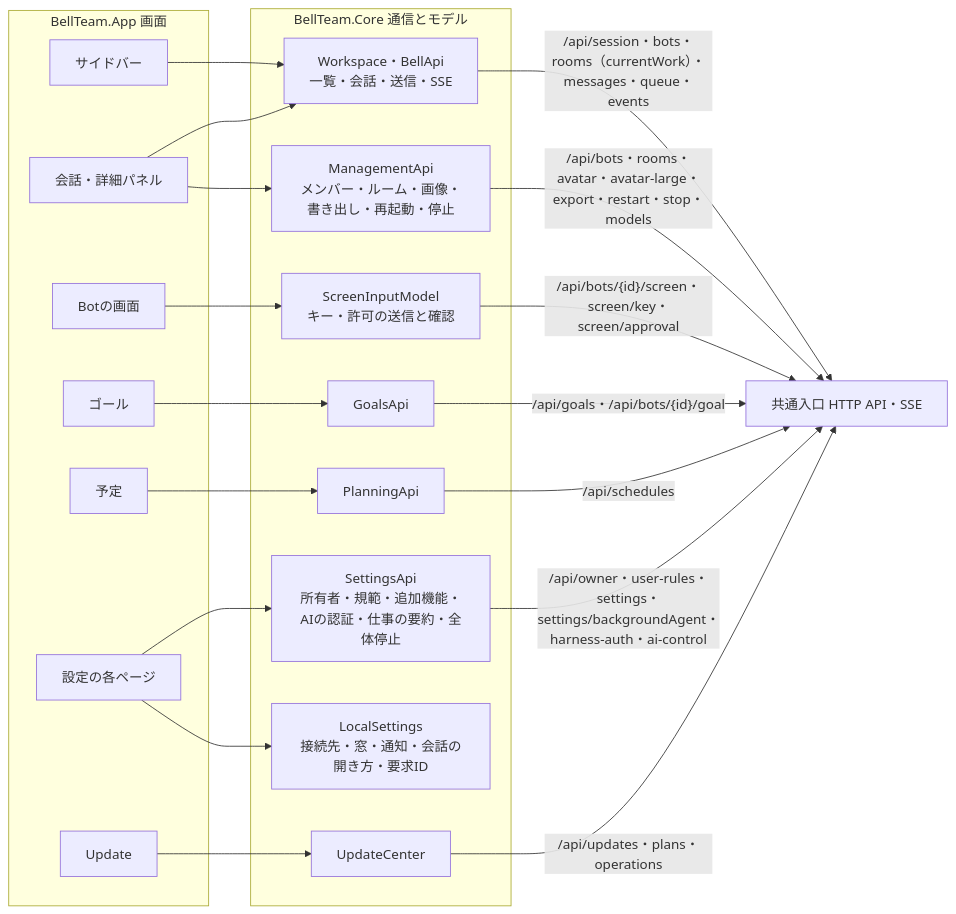
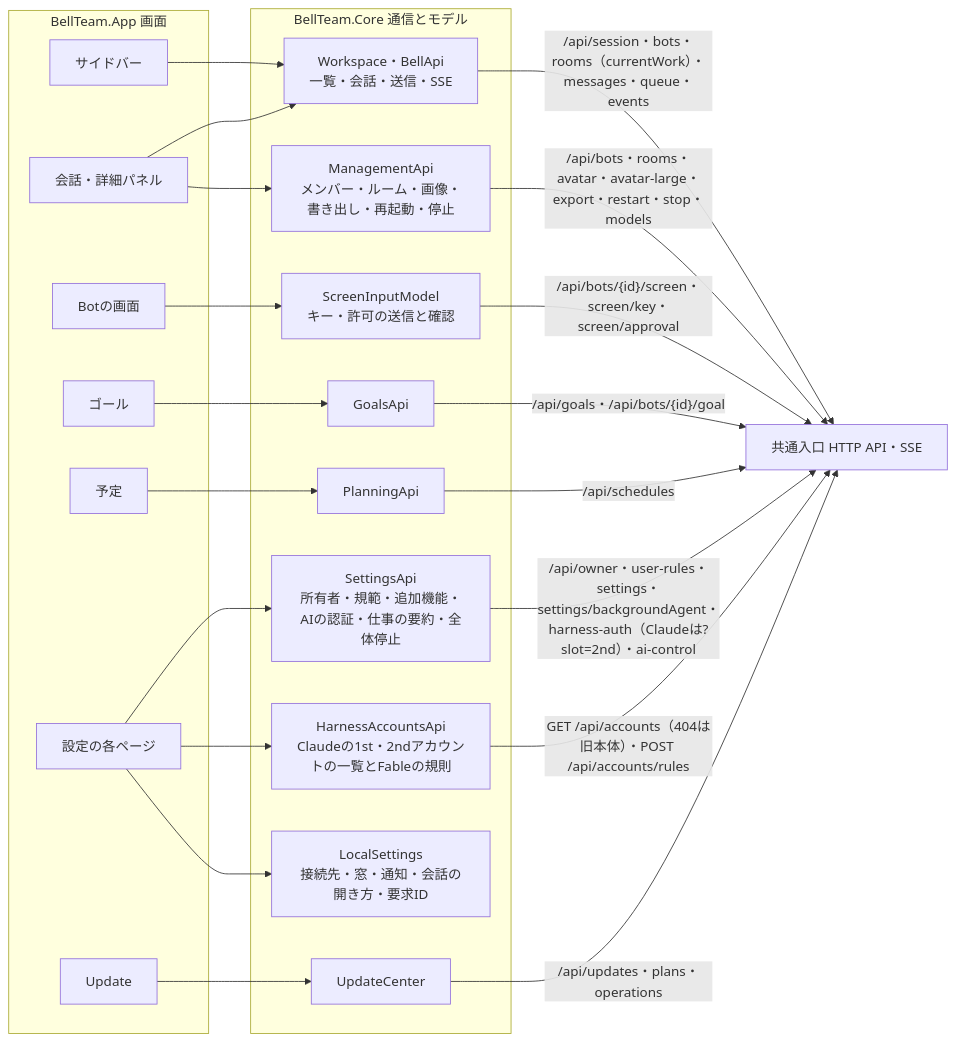
One commit to kitepon/BellTeam changed the fourth of 5 diagrams in docs/windows-architecture.md. Above: the diagram before and after it, drawn with Mermaid. The commit also changed 18 other files, not shown here.

````diff
--- a/docs/windows-architecture.md
+++ b/docs/windows-architecture.md
@@ -78,38 +78,41 @@
 ```mermaid
 flowchart LR
   subgraph App[BellTeam.App 画面]
     A1[サイドバー]
     A2[会話・詳細パネル]
     A3[Botの画面]
     A4[ゴール]
     A5[予定]
     A6[設定の各ページ]
     A7[Update]
   end
   subgraph Core[BellTeam.Core 通信とモデル]
     C1[Workspace・BellApi<br/>一覧・会話・送信・SSE]
     C2[ManagementApi<br/>メンバー・ルーム・画像・書き出し・再起動・停止]
     C3[ScreenInputModel<br/>キー・許可の送信と確認]
     C4[GoalsApi]
     C5[PlanningApi]
     C6[SettingsApi<br/>所有者・規範・追加機能・AIの認証・仕事の要約・全体停止]
+    C9[HarnessAccountsApi<br/>Claudeの1st・2ndアカウントの一覧とFableの規則]
     C7[UpdateCenter]
     C8[LocalSettings<br/>接続先・窓・通知・会話の開き方・要求ID]
   end
   A1 --> C1
   A2 --> C1
   A2 --> C2
   A3 --> C3
   A4 --> C4
   A5 --> C5
   A6 --> C6
+  A6 --> C9
   A6 --> C8
   A7 --> C7
   C1 -->|"/api/session・bots・rooms（currentWork）・messages・queue・events"| API[共通入口 HTTP API・SSE]
   C2 -->|"/api/bots・rooms・avatar・avatar-large・export・restart・stop・models"| API
   C3 -->|"/api/bots/{id}/screen・screen/key・screen/approval"| API
   C4 -->|"/api/goals・/api/bots/{id}/goal"| API
   C5 -->|"/api/schedules"| API
-  C6 -->|"/api/owner・user-rules・settings・settings/backgroundAgent・harness-auth・ai-control"| API
+  C6 -->|"/api/owner・user-rules・settings・settings/backgroundAgent・harness-auth（Claudeは?slot=2nd）・ai-control"| API
   C7 -->|"/api/updates・plans・operations"| API
+  C9 -->|"GET /api/accounts（404は旧本体）・POST /api/accounts/rules"| API
 ```
````
